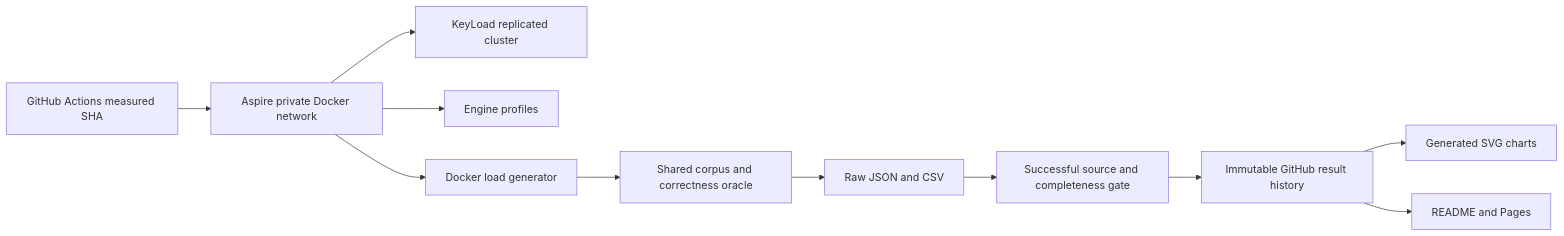
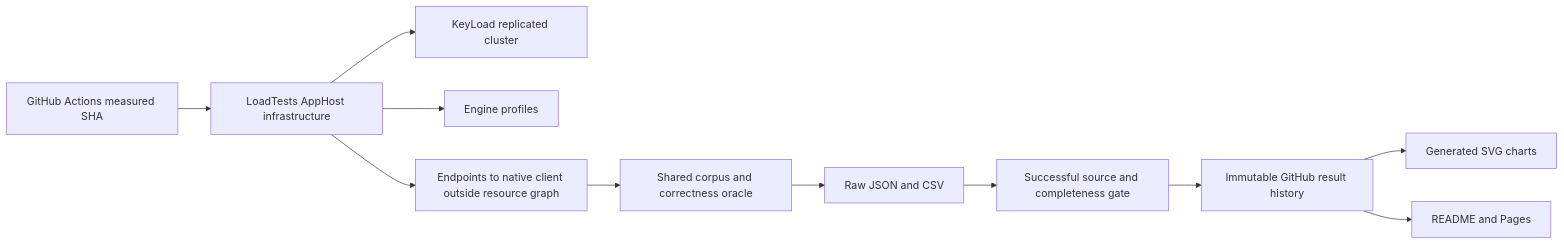
The second of 11 diagrams in docs/Features/BenchmarkComparisons.md (managedcode/KeyLoad), drawn with Mermaid before and after one commit. The commit also changed other lines of this file and 636 other files, not shown here.

````diff
--- a/docs/Features/BenchmarkComparisons.md
+++ b/docs/Features/BenchmarkComparisons.md
@@ -142,13 +138,13 @@
 ```mermaid
 flowchart LR
-    CI[GitHub Actions measured SHA] --> Aspire[Aspire private Docker network]
+    CI[GitHub Actions measured SHA] --> Aspire[LoadTests AppHost infrastructure]
     Aspire --> KeyLoad[KeyLoad replicated cluster]
     Aspire --> Engines[Engine profiles]
-    Aspire --> Runner[Docker load generator]
+    Aspire --> Runner[Endpoints to native client outside resource graph]
     Runner --> Oracle[Shared corpus and correctness oracle]
     Oracle --> JSON[Raw JSON and CSV]
     JSON --> Gate[Successful source and completeness gate]
     Gate --> History[Immutable GitHub result history]
     History --> Charts[Generated SVG charts]
     History --> Site[README and Pages]
 ```
````
